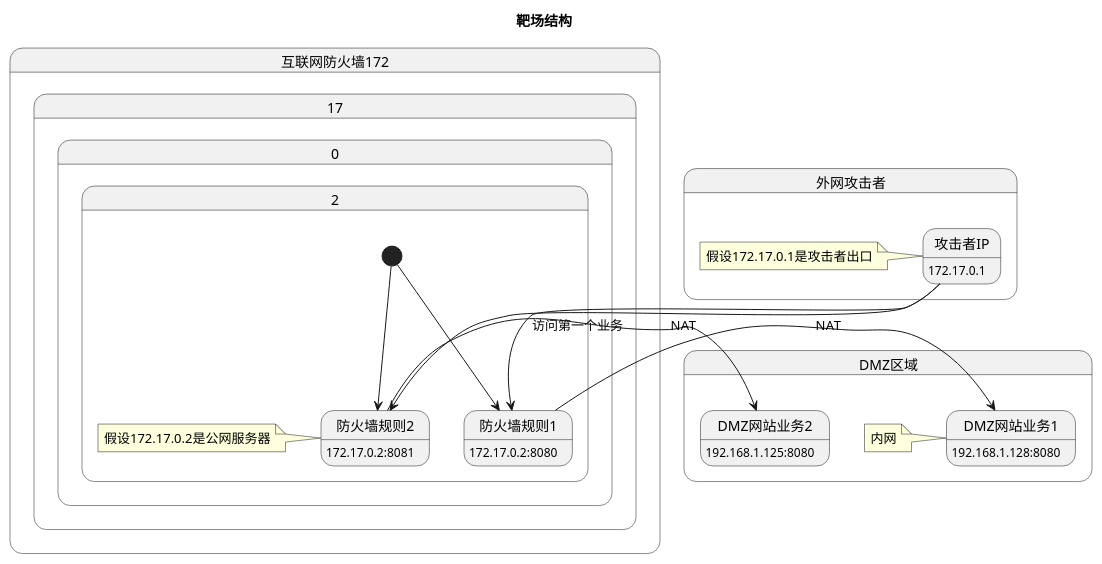
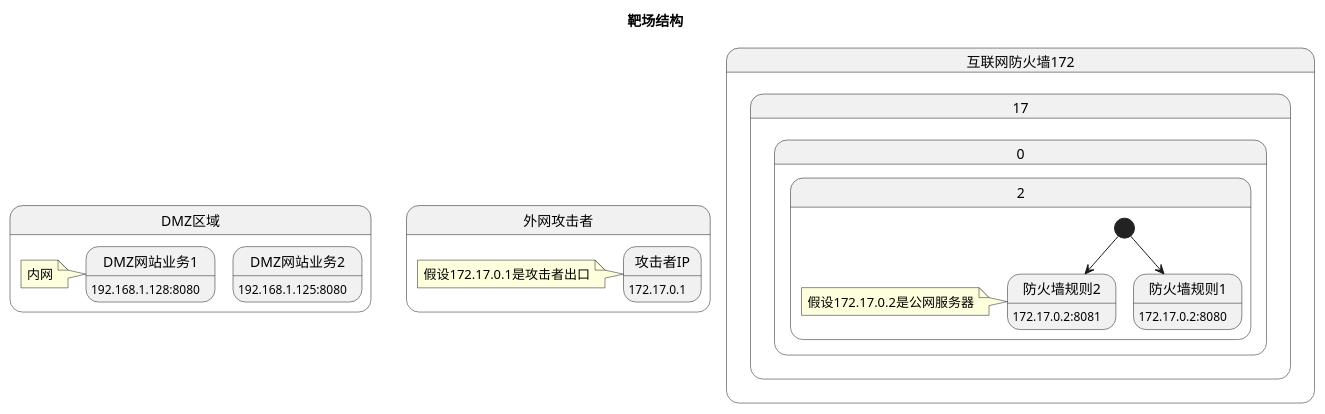
One commit to Rvn0xsy/Rvn0xsy.github.io changed the fourth of 6 diagrams in _posts/2020/2020-11-01-websocks.md. Above: the diagram before and after it, drawn with PlantUML. The commit also changed other lines of this file and 2 other files, not shown here.

````diff
--- a/_posts/2020/2020-11-01-websocks.md
+++ b/_posts/2020/2020-11-01-websocks.md
@@ -80,27 +79,23 @@
-```plantuml!
+```plantuml
+@startuml
 title 靶场结构
 
 
 state 互联网防火墙172.17.0.2{
     [*] --> 防火墙规则1
     [*] --> 防火墙规则2
 防火墙规则1 : 172.17.0.2:8080
 防火墙规则2: 172.17.0.2:8081
 note left: 假设172.17.0.2是公网服务器
 }
 
 state DMZ区域{
     DMZ网站业务1: 192.168.1.128:8080
     note left: 内网
     DMZ网站业务2: 192.168.1.125:8080
 }
 state 外网攻击者 {
 攻击者IP:172.17.0.1
 note left: 假设172.17.0.1是攻击者出口
 }
-
-攻击者IP --> 防火墙规则1 : 访问第一个业务
-防火墙规则1 -> DMZ网站业务1: NAT
-攻击者IP -> 防火墙规则2
-防火墙规则2 -> DMZ网站业务2: NAT
 ```
````
